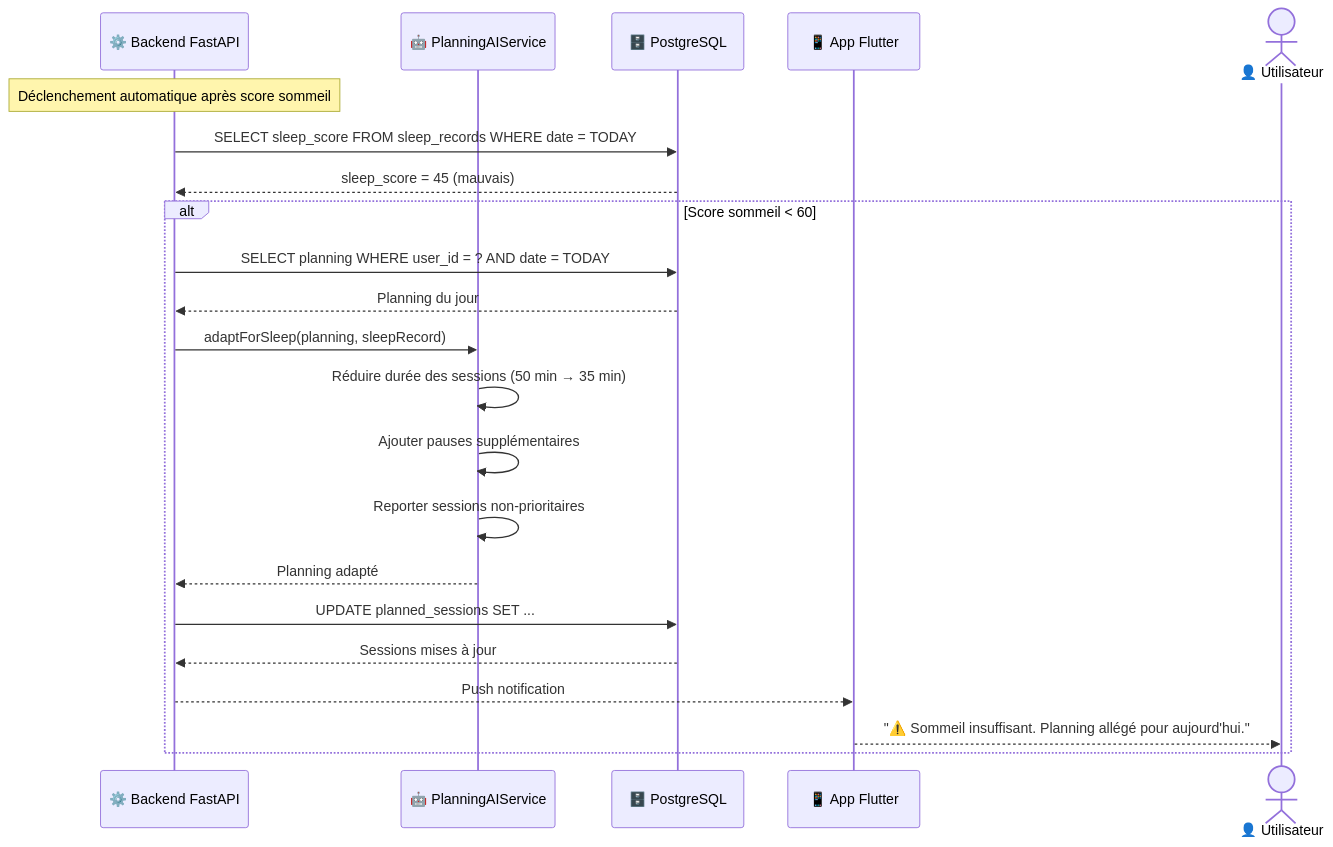
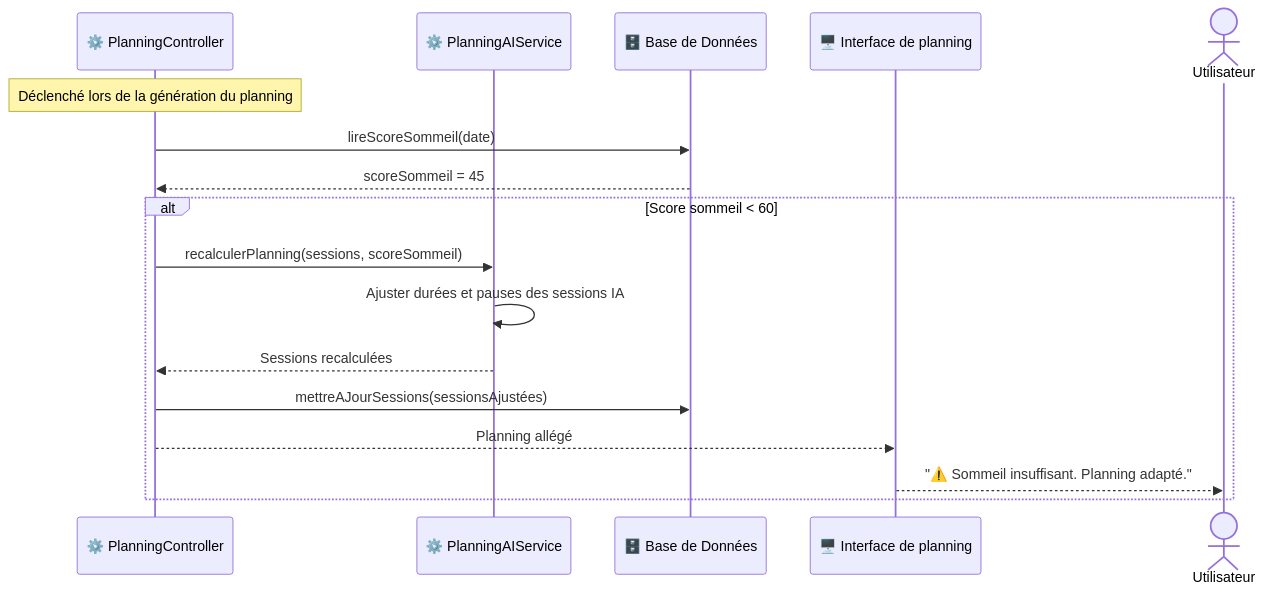
Before and after one commit to Jkacem/smart_focus: diagram 14 of 16 in docs/Conception_DiagrammeSequence.md, drawn with Mermaid. The commit also changed other lines of this file and 93 other files, not shown here.

````diff
--- a/docs/Conception_DiagrammeSequence.md
+++ b/docs/Conception_DiagrammeSequence.md
@@ -590,30 +422,22 @@
 ```mermaid
 sequenceDiagram
-    participant API as ⚙️ Backend FastAPI
-    participant PlanAI as 🤖 PlanningAIService
-    participant DB as 🗄️ PostgreSQL
-    participant App as 📱 App Flutter
-    actor User as 👤 Utilisateur
+    participant C as ⚙️ PlanningController
+    participant AI as ⚙️ PlanningAIService
+    participant E as 🗄️ Base de Données
+    participant B as 🖥️ Interface de planning
+    actor Utilisateur
 
-    Note over API: Déclenchement automatique après score sommeil
+    Note over C: Déclenché lors de la génération du planning
 
-    API->>DB: SELECT sleep_score FROM sleep_records WHERE date = TODAY
-    DB-->>API: sleep_score = 45 (mauvais)
-    
+    C->>E: lireScoreSommeil(date)
+    E-->>C: scoreSommeil = 45
+
     alt Score sommeil < 60
-        API->>DB: SELECT planning WHERE user_id = ? AND date = TODAY
-        DB-->>API: Planning du jour
-        
-        API->>PlanAI: adaptForSleep(planning, sleepRecord)
-        PlanAI->>PlanAI: Réduire durée des sessions (50 min → 35 min)
-        PlanAI->>PlanAI: Ajouter pauses supplémentaires
-        PlanAI->>PlanAI: Reporter sessions non-prioritaires
-        PlanAI-->>API: Planning adapté
-        
-        API->>DB: UPDATE planned_sessions SET ...
-        DB-->>API: Sessions mises à jour
-        
-        API-->>App: Push notification
-        App-->>User: "⚠️ Sommeil insuffisant. Planning allégé pour aujourd'hui."
+        C->>AI: recalculerPlanning(sessions, scoreSommeil)
+        AI->>AI: Ajuster durées et pauses des sessions IA
+        AI-->>C: Sessions recalculées
+        C->>E: mettreAJourSessions(sessionsAjustées)
+        C-->>B: Planning allégé
+        B-->>Utilisateur: "⚠️ Sommeil insuffisant. Planning adapté."
     end
 ```
````
